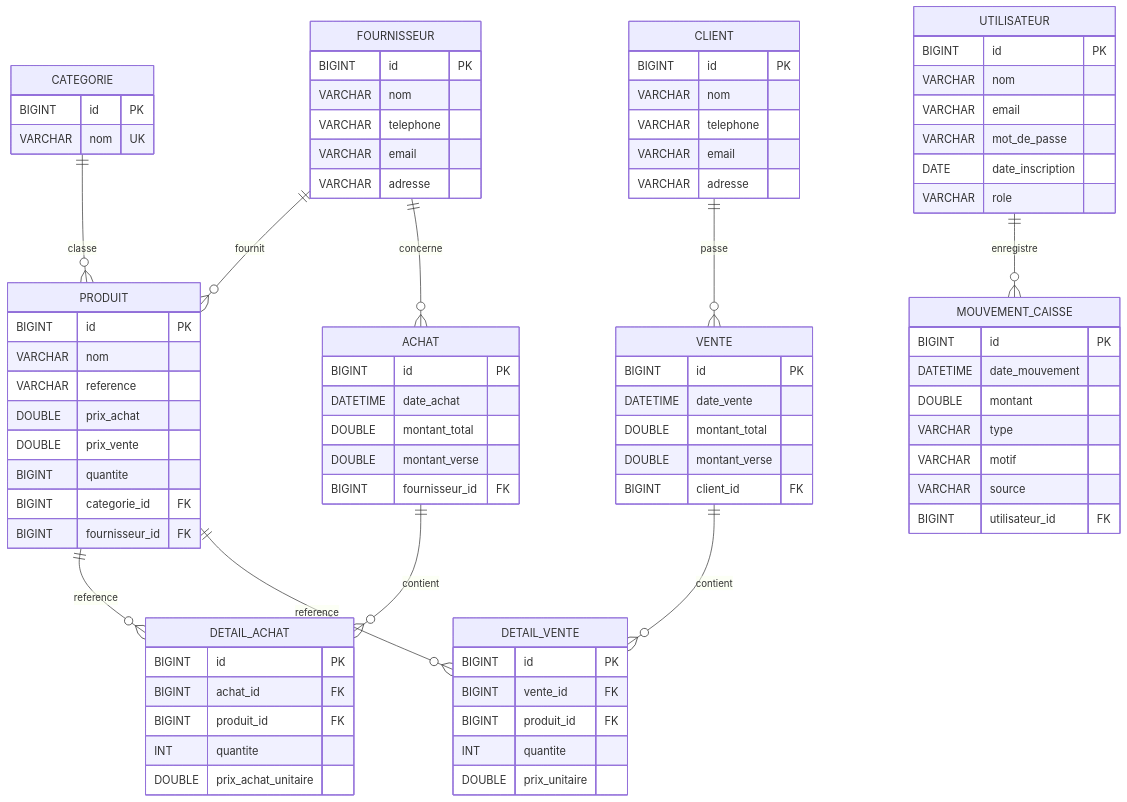
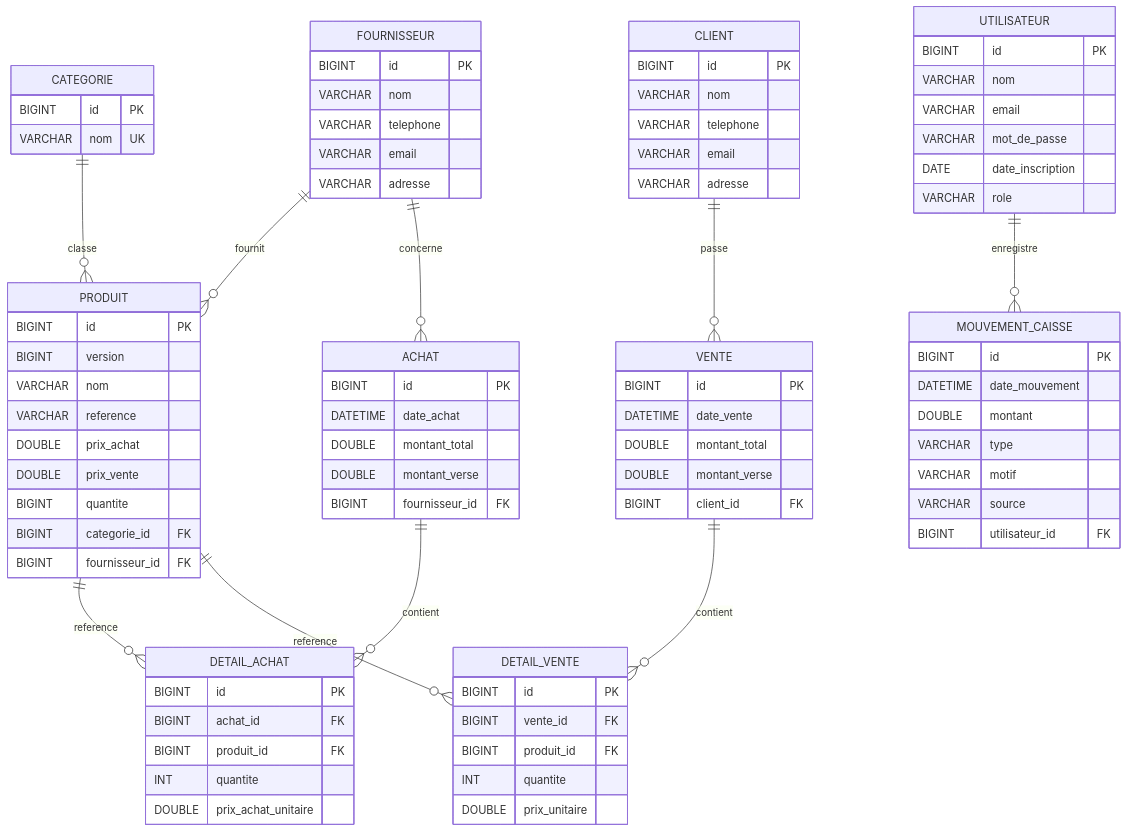
The diagram in docs/database-schema.md (CherifDalein/gestion-de-stock), drawn with Mermaid before and after one commit. The commit also changed other lines of this file and 17 other files, not shown here.

```diff
--- a/docs/database-schema.md
+++ b/docs/database-schema.md
@@ -121,6 +122,7 @@
     }
     PRODUIT {
         BIGINT id PK
+        BIGINT version
         VARCHAR nom
         VARCHAR reference
         DOUBLE prix_achat
```
